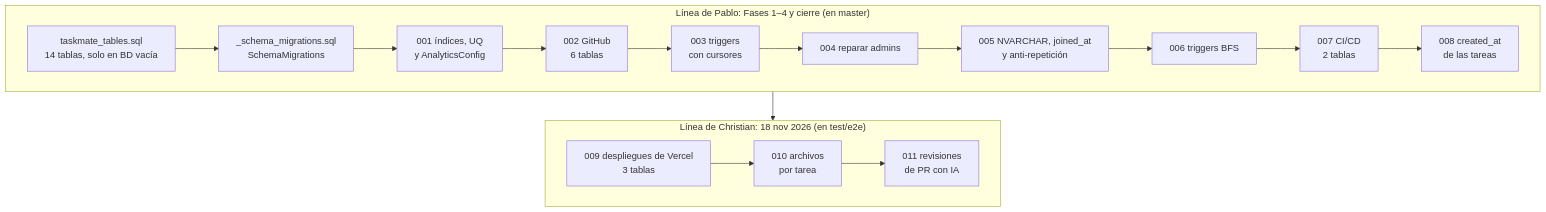
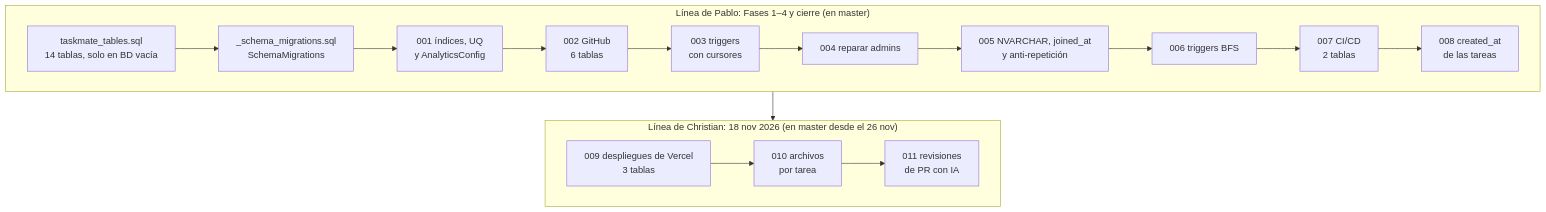
The first of 2 diagrams in documentacion/03-base-de-datos/00-migraciones-y-triggers.md (PabloP150/proyecto-is-cc6), drawn with Mermaid before and after one commit. The commit also changed 55 other files, not shown here.

Commit message:
docs: record the 26 Nov fixes, 2091 tests and the merge into master

````diff
--- a/documentacion/03-base-de-datos/00-migraciones-y-triggers.md
+++ b/documentacion/03-base-de-datos/00-migraciones-y-triggers.md
@@ -5,25 +5,25 @@
 ```mermaid
 flowchart TB
     subgraph pablo["Línea de Pablo: Fases 1–4 y cierre (en master)"]
         direction LR
         base["taskmate_tables.sql<br/>14 tablas, solo en BD vacía"]
         ctl["_schema_migrations.sql<br/>SchemaMigrations"]
         m1["001 índices, UQ<br/>y AnalyticsConfig"]
         m2["002 GitHub<br/>6 tablas"]
         m3["003 triggers<br/>con cursores"]
         m4["004 reparar admins"]
         m5["005 NVARCHAR, joined_at<br/>y anti-repetición"]
         m6["006 triggers BFS"]
         m7["007 CI/CD<br/>2 tablas"]
         m8["008 created_at<br/>de las tareas"]
         base --> ctl --> m1 --> m2 --> m3 --> m4 --> m5 --> m6 --> m7 --> m8
     end
-    subgraph christian["Línea de Christian: 18 nov 2026 (en test/e2e)"]
+    subgraph christian["Línea de Christian: 18 nov 2026 (en master desde el 26 nov)"]
         direction LR
         m9["009 despliegues de Vercel<br/>3 tablas"]
         m10["010 archivos<br/>por tarea"]
         m11["011 revisiones<br/>de PR con IA"]
         m9 --> m10 --> m11
     end
     pablo --> christian
 ```
````
